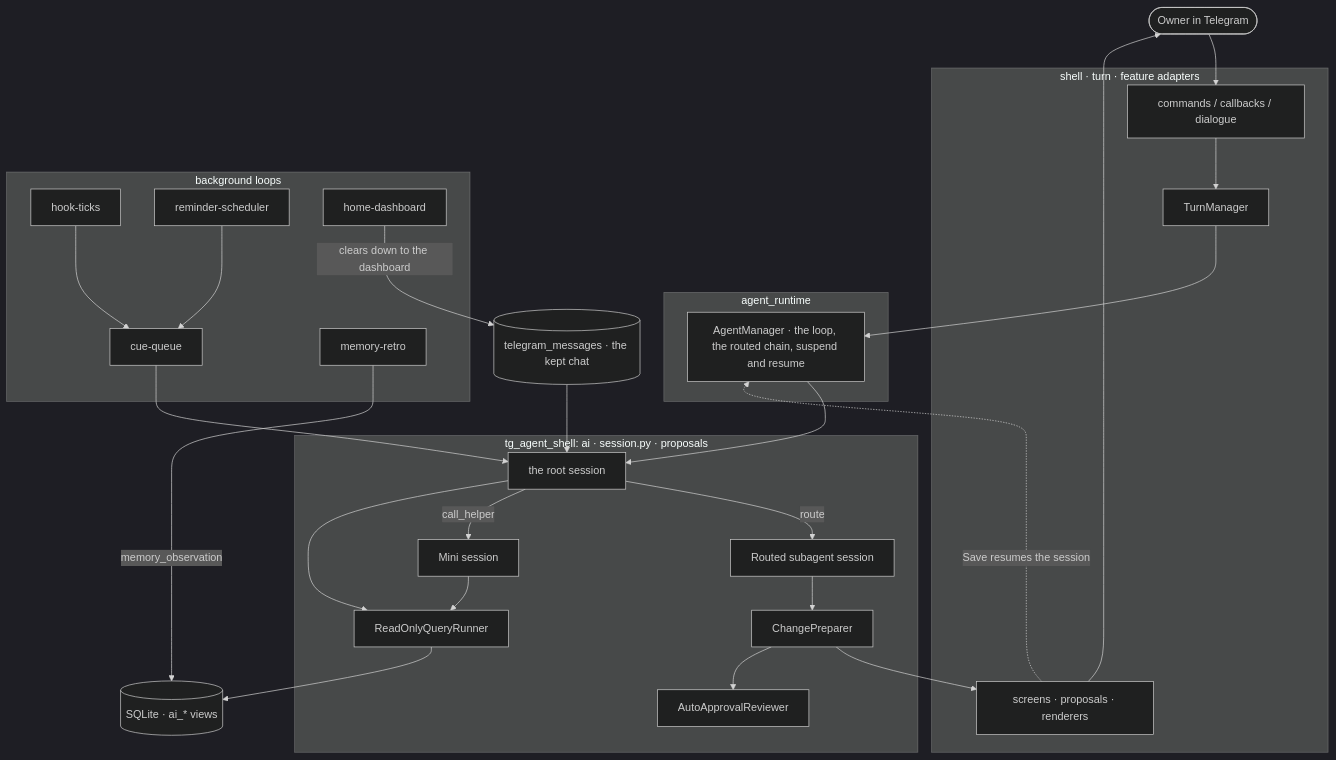
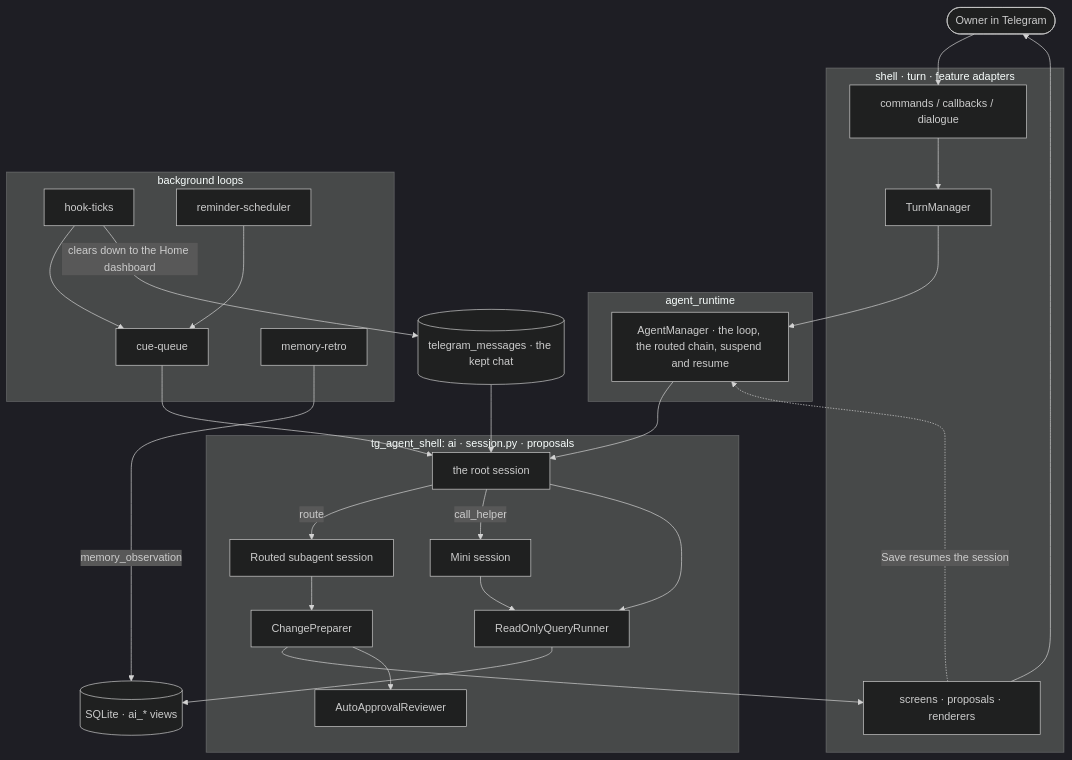
Before and after one commit to myvaheed/tg-ai-safwa: the third of 13 diagrams in docs/AGENT_ARCH.md, drawn with Mermaid (dark theme). The commit also changed other lines of this file and 23 other files, not shown here.

````diff
--- a/docs/AGENT_ARCH.md
+++ b/docs/AGENT_ARCH.md
@@ -133,45 +136,44 @@
 ```mermaid
 flowchart TB
     OWNER([Owner in Telegram])
     subgraph TG[shell · turn · feature adapters]
         HANDLERS[commands / callbacks / dialogue]
         GUARD[TurnManager]
         SCREENS[screens · proposals · renderers]
     end
     subgraph RT[agent_runtime]
         MGR[AgentManager · the loop, the routed chain, suspend and resume]
     end
     subgraph AI[tg_agent_shell: ai · session.py · proposals]
         ADV[the root session]
         SUB[Routed subagent session]
         MINI[Mini session]
         PREP[ChangePreparer]
         AUTO[AutoApprovalReviewer]
         SQL[ReadOnlyQueryRunner]
     end
     subgraph BG[background loops]
         CUE[cue-queue]
         TICK[hook-ticks]
         REM[reminder-scheduler]
         MEMR[memory-retro]
-        HOME[home-dashboard]
     end
     HIST[(telegram_messages · the kept chat)]
     DB[(SQLite · ai_* views)]
 
     OWNER --> HANDLERS --> GUARD --> MGR
     MGR --> ADV
     SCREENS -.->|Save resumes the session| MGR
     ADV -->|route| SUB
     ADV -->|call_helper| MINI
     SUB --> PREP --> SCREENS --> OWNER
     PREP --> AUTO
     ADV --> SQL --> DB
     MINI --> SQL
     HIST --> ADV
     CUE --> ADV
     TICK --> CUE
     REM --> CUE
     MEMR -->|memory_observation| DB
-    HOME -->|clears down to the dashboard| HIST
+    TICK -->|clears down to the Home dashboard| HIST
 ```
````
